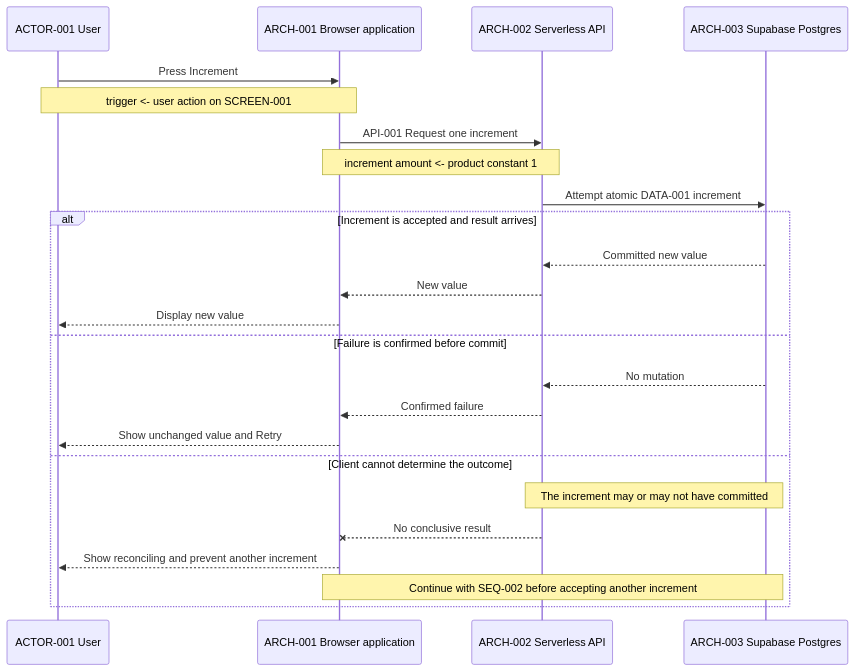
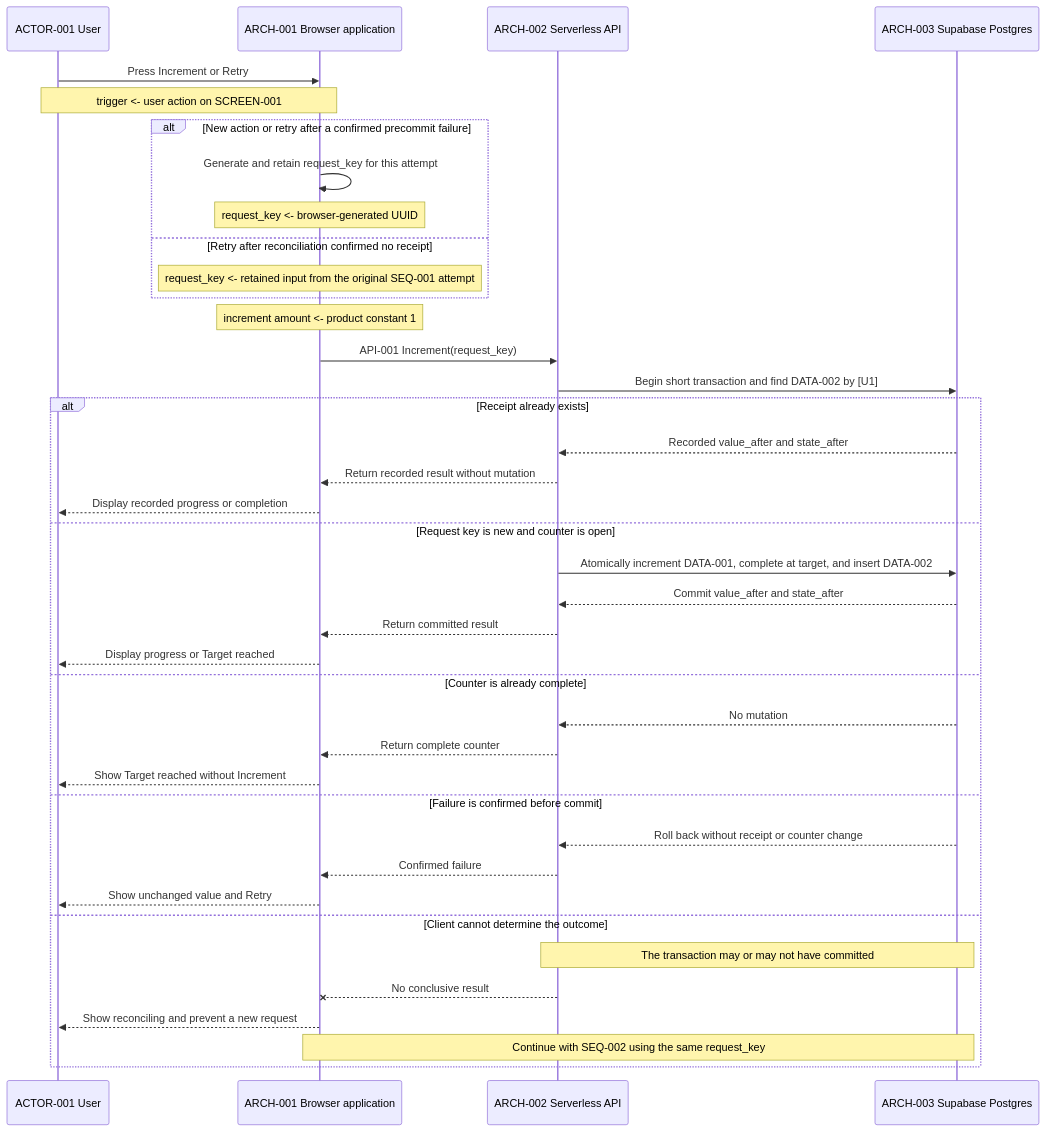
The first of 2 diagrams in skills/product-intent-manager/assets/example-product-intent-package/sequences/sequences.md (swabbie-dev/product-intent-package), drawn with Mermaid before and after one commit. The commit also changed other lines of this file and 14 other files, not shown here.

````diff
--- a/skills/product-intent-manager/assets/example-product-intent-package/sequences/sequences.md
+++ b/skills/product-intent-manager/assets/example-product-intent-package/sequences/sequences.md
@@ -9,27 +10,42 @@
 ```mermaid
 sequenceDiagram
   participant U as ACTOR-001 User
   participant B as ARCH-001 Browser application
   participant S as ARCH-002 Serverless API
   participant D as ARCH-003 Supabase Postgres
 
-  U->>B: Press Increment
+  U->>B: Press Increment or Retry
   Note over U,B: trigger <- user action on SCREEN-001
-  B->>S: API-001 Request one increment
-  Note over B,S: increment amount <- product constant 1
-  S->>D: Attempt atomic DATA-001 increment
-  alt Increment is accepted and result arrives
-    D-->>S: Committed new value
-    S-->>B: New value
-    B-->>U: Display new value
+  alt New action or retry after a confirmed precommit failure
+    B->>B: Generate and retain request_key for this attempt
+    Note over B: request_key <- browser-generated UUID
+  else Retry after reconciliation confirmed no receipt
+    Note over B: request_key <- retained input from the original SEQ-001 attempt
+  end
+  Note over B: increment amount <- product constant 1
+  B->>S: API-001 Increment(request_key)
+  S->>D: Begin short transaction and find DATA-002 by [U1]
+  alt Receipt already exists
+    D-->>S: Recorded value_after and state_after
+    S-->>B: Return recorded result without mutation
+    B-->>U: Display recorded progress or completion
+  else Request key is new and counter is open
+    S->>D: Atomically increment DATA-001, complete at target, and insert DATA-002
+    D-->>S: Commit value_after and state_after
+    S-->>B: Return committed result
+    B-->>U: Display progress or Target reached
+  else Counter is already complete
+    D-->>S: No mutation
+    S-->>B: Return complete counter
+    B-->>U: Show Target reached without Increment
   else Failure is confirmed before commit
-    D-->>S: No mutation
+    D-->>S: Roll back without receipt or counter change
     S-->>B: Confirmed failure
     B-->>U: Show unchanged value and Retry
   else Client cannot determine the outcome
-    Note over S,D: The increment may or may not have committed
+    Note over S,D: The transaction may or may not have committed
     S--xB: No conclusive result
-    B-->>U: Show reconciling and prevent another increment
-    Note over B,D: Continue with SEQ-002 before accepting another increment
+    B-->>U: Show reconciling and prevent a new request
+    Note over B,D: Continue with SEQ-002 using the same request_key
   end
 ```
````
